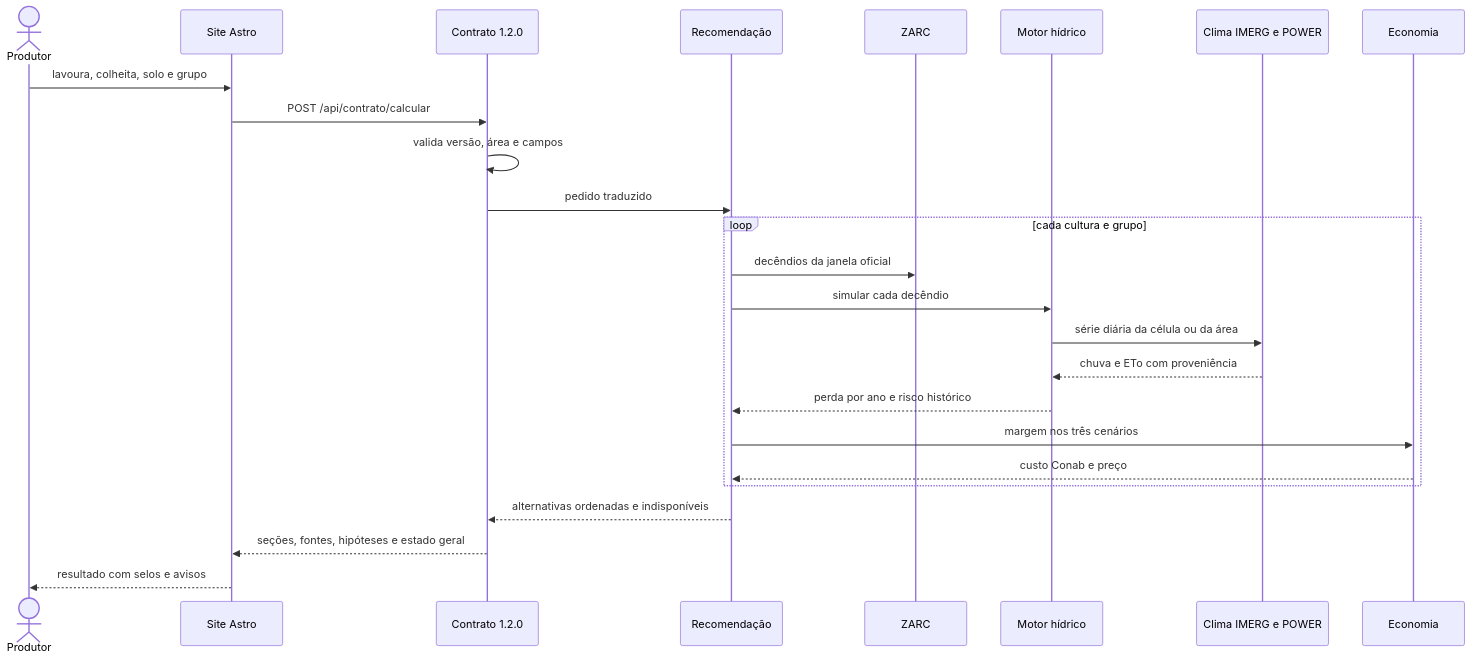
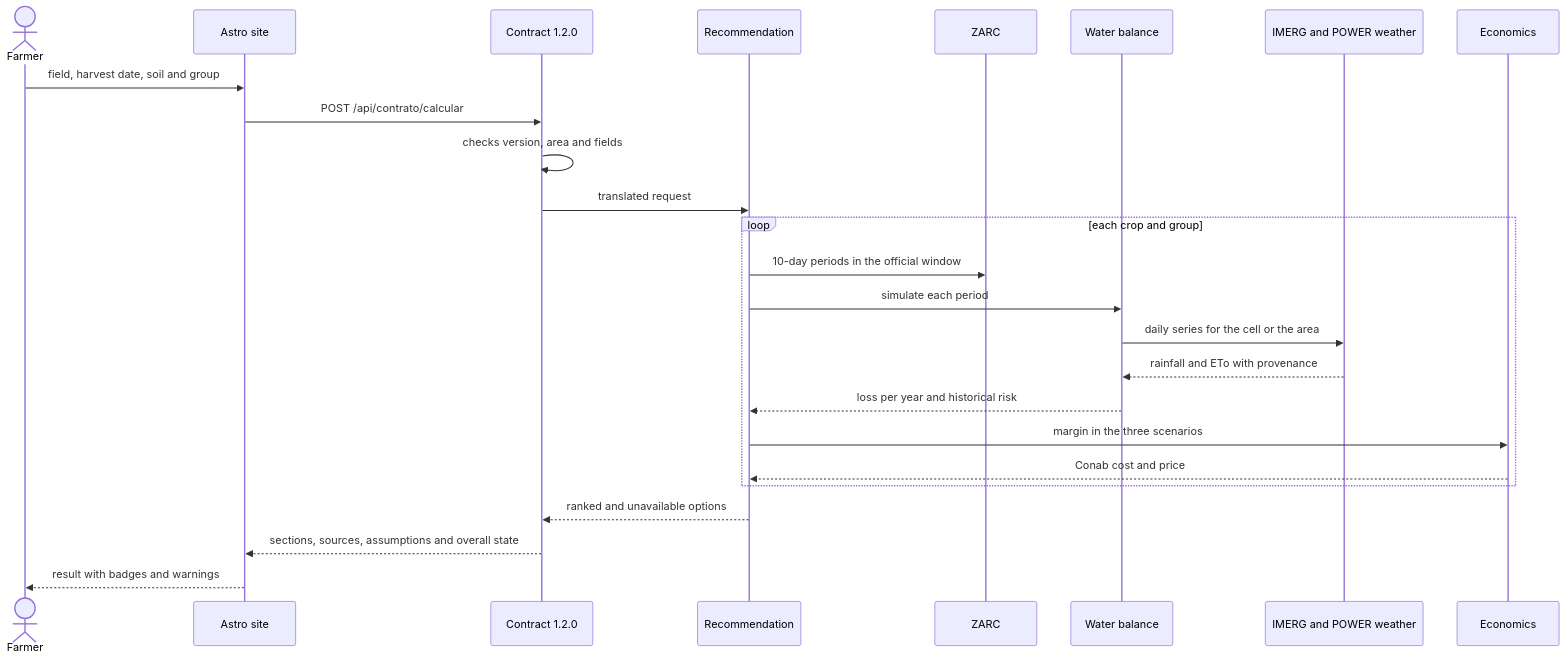
Before and after one commit to Pedrojscx/TELLUS: the diagram in README.md, drawn with Mermaid. The commit also changed other lines of this file and 1 other file, not shown here.

````diff
--- a/README.md
+++ b/README.md
@@ -232,27 +235,27 @@
 ```mermaid
 sequenceDiagram
-    actor P as Produtor
-    participant W as Site Astro
-    participant C as Contrato 1.2.0
-    participant R as Recomendação
+    actor F as Farmer
+    participant W as Astro site
+    participant C as Contract 1.2.0
+    participant R as Recommendation
     participant Z as ZARC
-    participant M as Motor hídrico
-    participant K as Clima IMERG e POWER
-    participant E as Economia
-    P->>W: lavoura, colheita, solo e grupo
+    participant M as Water balance
+    participant K as IMERG and POWER weather
+    participant E as Economics
+    F->>W: field, harvest date, soil and group
     W->>C: POST /api/contrato/calcular
-    C->>C: valida versão, área e campos
-    C->>R: pedido traduzido
-    loop cada cultura e grupo
-        R->>Z: decêndios da janela oficial
-        R->>M: simular cada decêndio
-        M->>K: série diária da célula ou da área
-        K-->>M: chuva e ETo com proveniência
-        M-->>R: perda por ano e risco histórico
-        R->>E: margem nos três cenários
-        E-->>R: custo Conab e preço
+    C->>C: checks version, area and fields
+    C->>R: translated request
+    loop each crop and group
+        R->>Z: 10-day periods in the official window
+        R->>M: simulate each period
+        M->>K: daily series for the cell or the area
+        K-->>M: rainfall and ETo with provenance
+        M-->>R: loss per year and historical risk
+        R->>E: margin in the three scenarios
+        E-->>R: Conab cost and price
     end
-    R-->>C: alternativas ordenadas e indisponíveis
-    C-->>W: seções, fontes, hipóteses e estado geral
-    W-->>P: resultado com selos e avisos
+    R-->>C: ranked and unavailable options
+    C-->>W: sections, sources, assumptions and overall state
+    W-->>F: result with badges and warnings
 ```
````
